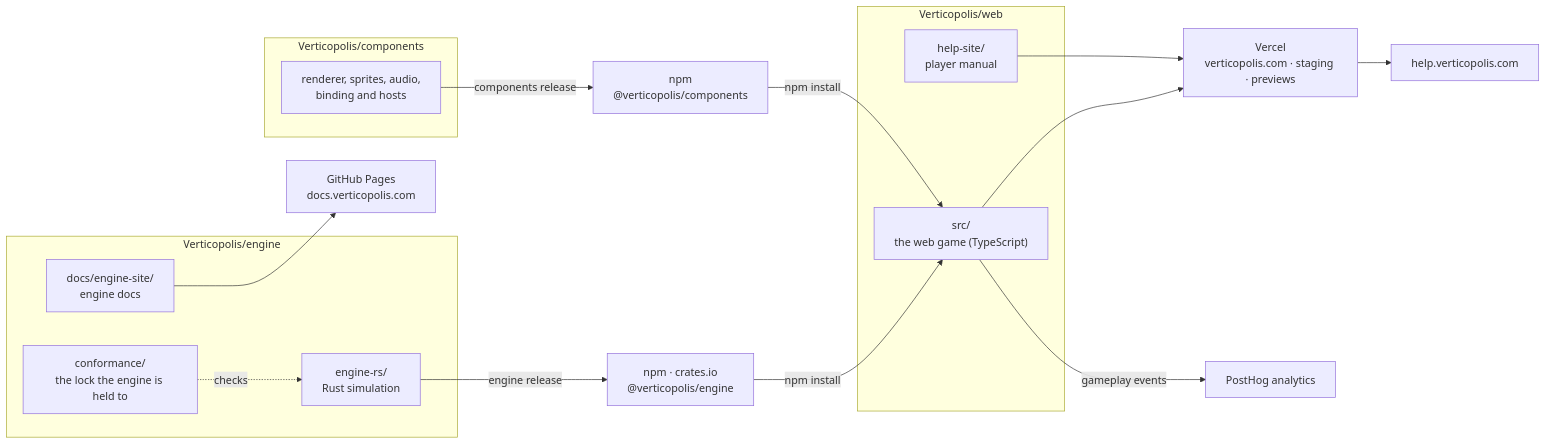
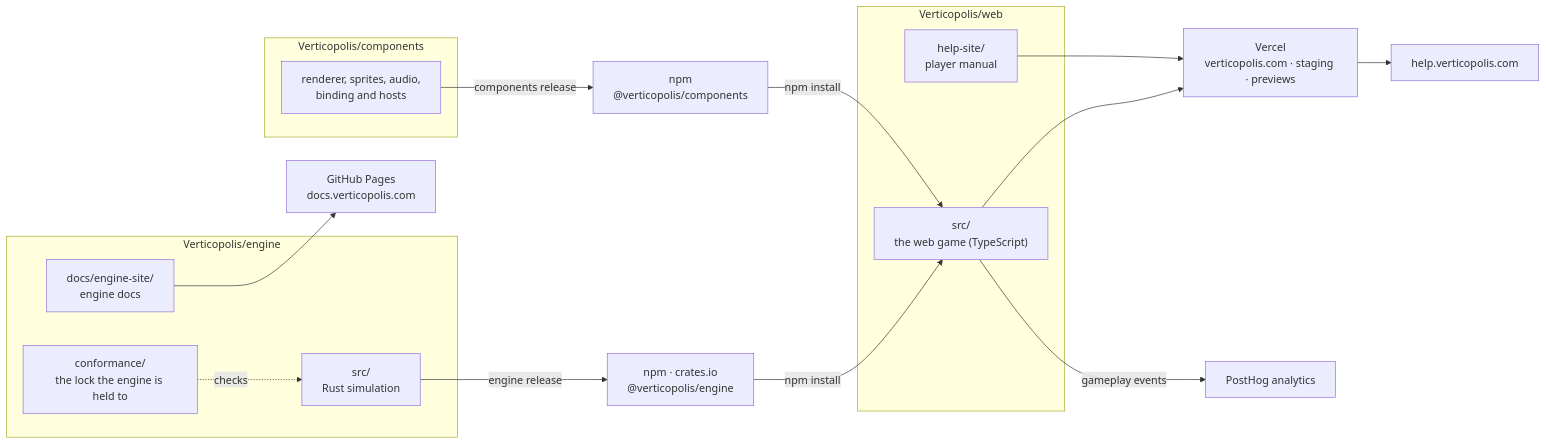
The diagram in docs/architecture/README.md (maniator/verticopolis), drawn with Mermaid before and after one commit. The commit also changed 62 other files, not shown here.

````diff
--- a/docs/architecture/README.md
+++ b/docs/architecture/README.md
@@ -9,26 +9,26 @@
 ```mermaid
 flowchart LR
     subgraph engine["Verticopolis/engine"]
-        Engine["engine-rs/<br/>Rust simulation"]
+        Engine["src/<br/>Rust simulation"]
         Conf["conformance/<br/>the lock the engine is held to"]
         DocsSite["docs/engine-site/<br/>engine docs"]
     end
     subgraph components["Verticopolis/components"]
         Comp["renderer, sprites, audio,<br/>binding and hosts"]
     end
     subgraph repo["Verticopolis/web"]
         Web["src/<br/>the web game (TypeScript)"]
         Help["help-site/<br/>player manual"]
     end
 
     Engine -->|"engine release"| Registries["npm · crates.io<br/>@verticopolis/engine"]
     Conf -.checks.-> Engine
     Comp -->|"components release"| NpmComp["npm<br/>@verticopolis/components"]
     Registries -->|"npm install"| Web
     NpmComp -->|"npm install"| Web
     Web --> Vercel["Vercel<br/>verticopolis.com · staging · previews"]
     Help --> Vercel
     Vercel --> HelpHost["help.verticopolis.com"]
     DocsSite --> Pages["GitHub Pages<br/>docs.verticopolis.com"]
     Web -->|"gameplay events"| PostHog["PostHog analytics"]
 ```
````
